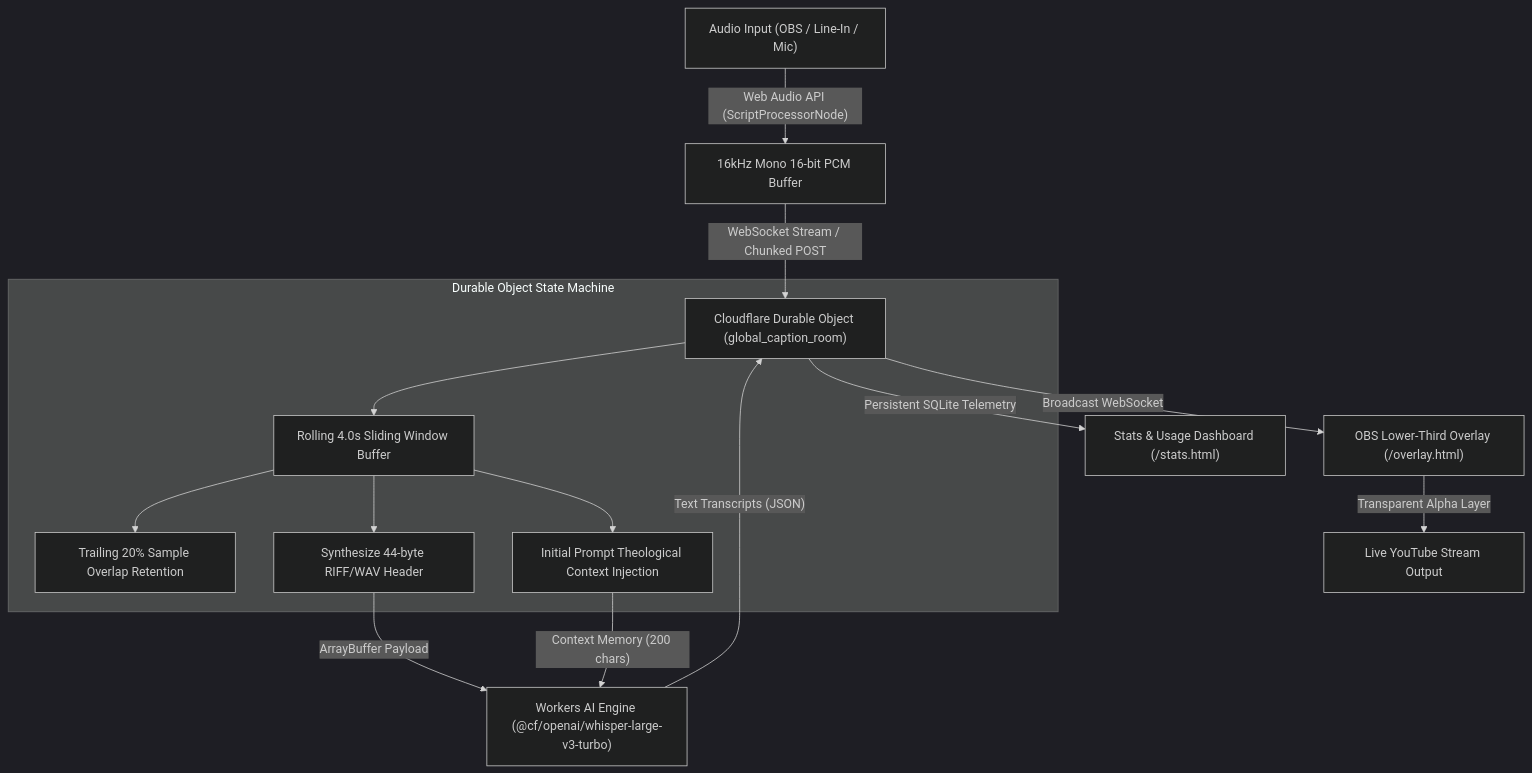
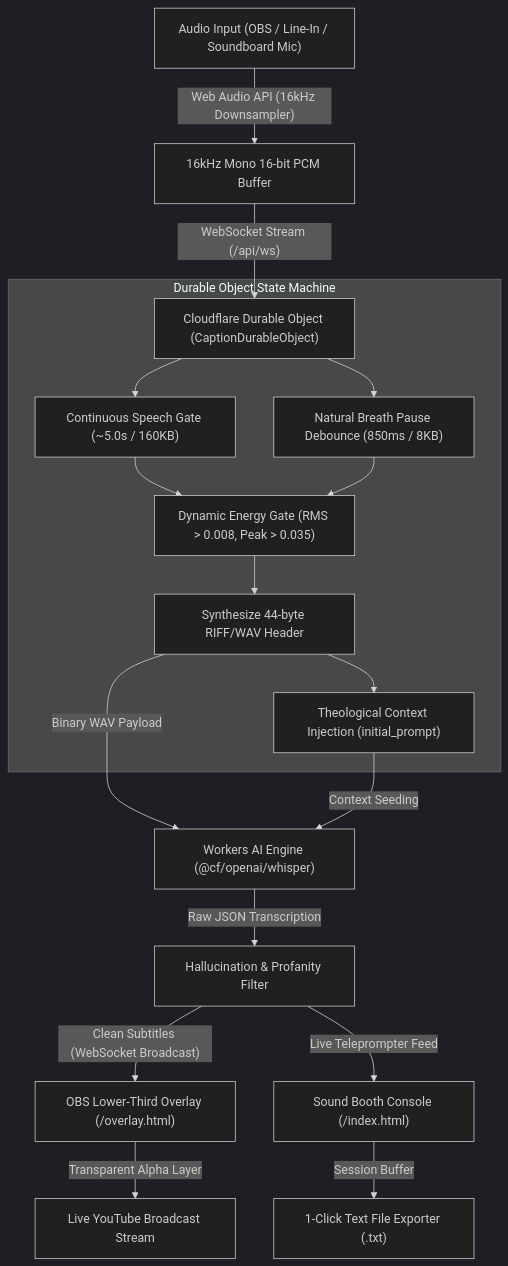
One commit to yavru421/spoken_light changed the diagram in README.md. Above: the diagram before and after it, drawn with Mermaid (dark theme). The commit also changed other lines of this file and 2 other files, not shown here.

Commit message:
docs: update README with author attribution, architecture, and MIT license; add transcript export v3.1

````diff
--- a/README.md
+++ b/README.md
@@ -9,20 +9,23 @@
 ```mermaid
 graph TD
-    A["Audio Input (OBS / Line-In / Mic)"] -->|"Web Audio API (ScriptProcessorNode)"| B["16kHz Mono 16-bit PCM Buffer"]
-    B -->|"WebSocket Stream / Chunked POST"| C["Cloudflare Durable Object (global_caption_room)"]
+    A["Audio Input (OBS / Line-In / Soundboard Mic)"] -->|"Web Audio API (16kHz Downsampler)"| B["16kHz Mono 16-bit PCM Buffer"]
+    B -->|"WebSocket Stream (/api/ws)"| C["Cloudflare Durable Object (CaptionDurableObject)"]
     
     subgraph "Durable Object State Machine"
-        C --> D["Rolling 4.0s Sliding Window Buffer"]
-        D --> E["Trailing 20% Sample Overlap Retention"]
-        D --> F["Synthesize 44-byte RIFF/WAV Header"]
-        D --> G["Initial Prompt Theological Context Injection"]
+        C --> D["Continuous Speech Gate (~5.0s / 160KB)"]
+        C --> E["Natural Breath Pause Debounce (850ms / 8KB)"]
+        D --> F["Dynamic Energy Gate (RMS > 0.008, Peak > 0.035)"]
+        E --> F
+        F --> G["Synthesize 44-byte RIFF/WAV Header"]
+        G --> H["Theological Context Injection (initial_prompt)"]
     end
 
-    F -->|"ArrayBuffer Payload"| H["Workers AI Engine (@cf/openai/whisper-large-v3-turbo)"]
-    G -->|"Context Memory (200 chars)"| H
+    G -->|"Binary WAV Payload"| I["Workers AI Engine (@cf/openai/whisper)"]
+    H -->|"Context Seeding"| I
 
-    H -->|"Text Transcripts (JSON)"| C
-    C -->|"Broadcast WebSocket"| I["OBS Lower-Third Overlay (/overlay.html)"]
-    C -->|"Persistent SQLite Telemetry"| J["Stats & Usage Dashboard (/stats.html)"]
-    I -->|"Transparent Alpha Layer"| K["Live YouTube Stream Output"]
+    I -->|"Raw JSON Transcription"| J["Hallucination & Profanity Filter"]
+    J -->|"Clean Subtitles (WebSocket Broadcast)"| K["OBS Lower-Third Overlay (/overlay.html)"]
+    J -->|"Live Teleprompter Feed"| L["Sound Booth Console (/index.html)"]
+    L -->|"Session Buffer"| M["1-Click Text File Exporter (.txt)"]
+    K -->|"Transparent Alpha Layer"| N["Live YouTube Broadcast Stream"]
 ```
````
